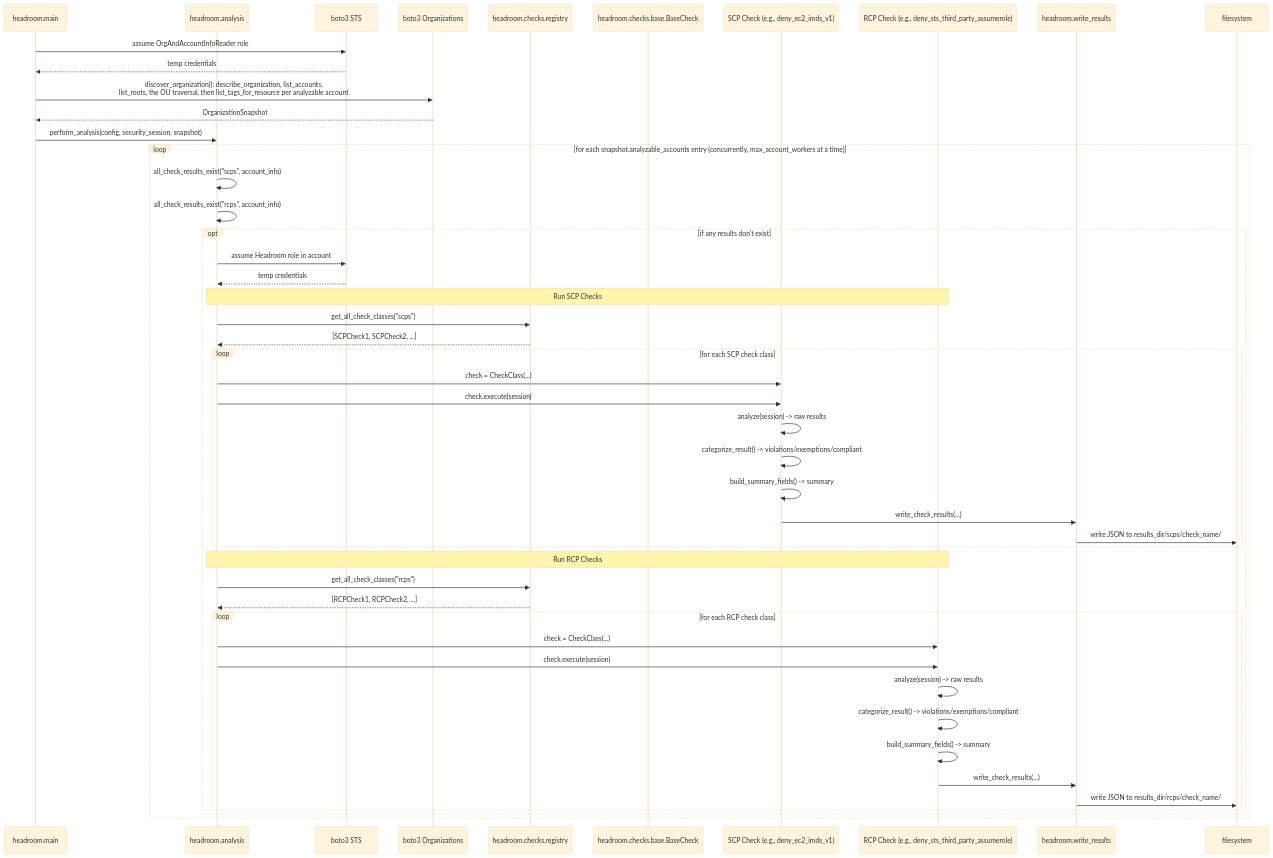
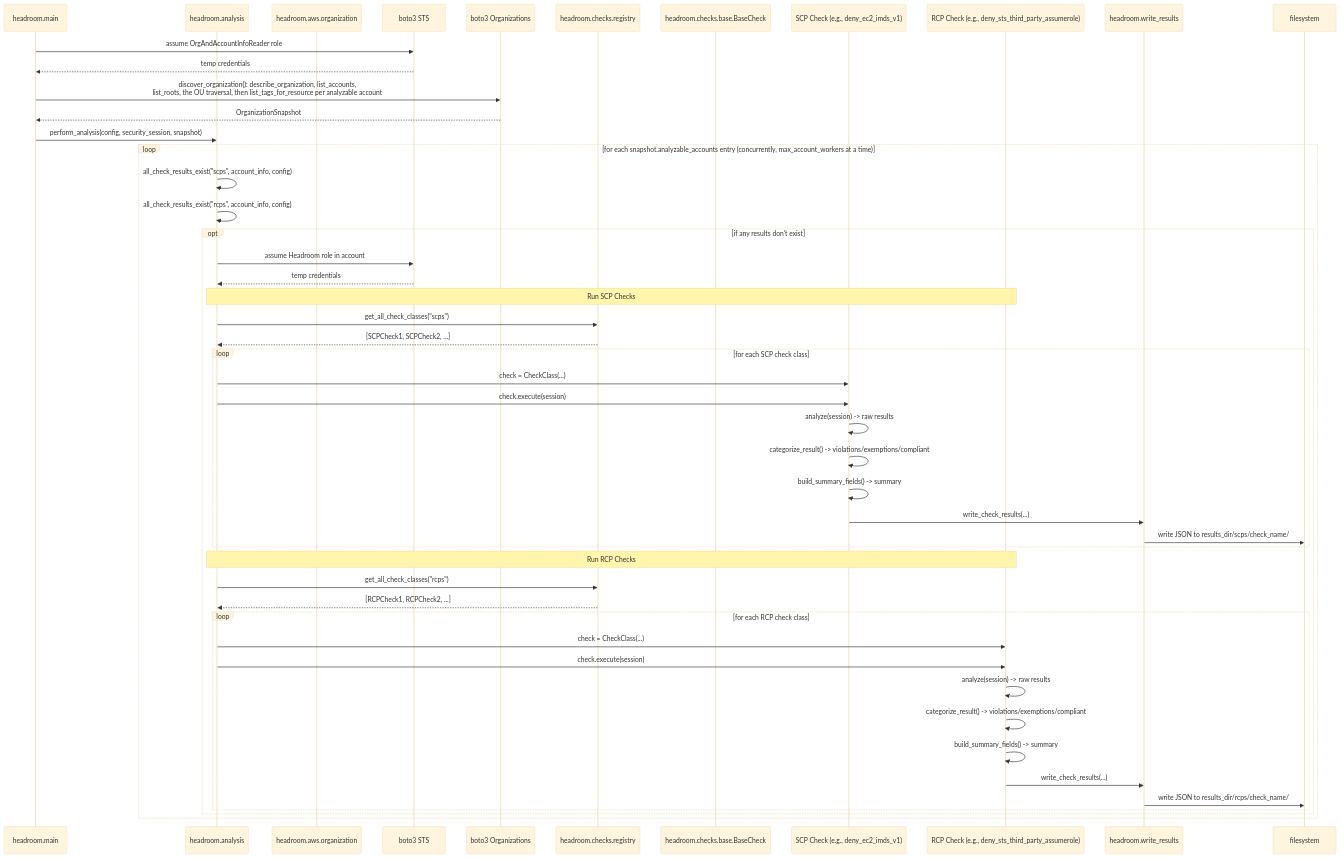
Before and after one commit to discocrayon/Headroom: the second of 4 diagrams in documentation/mermaid_diagrams/sequences.md, drawn with Mermaid (base theme). The commit also changed other lines of this file and 134 other files, not shown here.

````diff
--- a/documentation/mermaid_diagrams/sequences.md
+++ b/documentation/mermaid_diagrams/sequences.md
@@ -56,53 +60,54 @@
 ```mermaid
 sequenceDiagram
   participant Main as headroom.main
   participant Analysis as headroom.analysis
+  participant Org as headroom.aws.organization
   participant STS as boto3 STS
   participant Orgs as boto3 Organizations
   participant Registry as headroom.checks.registry
   participant BaseCheck as headroom.checks.base.BaseCheck
   participant SCPCheck as SCP Check (e.g., deny_ec2_imds_v1)
   participant RCPCheck as RCP Check (e.g., deny_sts_third_party_assumerole)
   participant WriteResults as headroom.write_results
   participant FS as filesystem
 
   Main->>STS: assume OrgAndAccountInfoReader role
   STS-->>Main: temp credentials
   Main->>Orgs: discover_organization(): describe_organization, list_accounts,<br/>list_roots, the OU traversal, then list_tags_for_resource per analyzable account
   Orgs-->>Main: OrganizationSnapshot
   Main->>Analysis: perform_analysis(config, security_session, snapshot)
   loop for each snapshot.analyzable_accounts entry (concurrently, max_account_workers at a time)
-    Analysis->>Analysis: all_check_results_exist("scps", account_info)
-    Analysis->>Analysis: all_check_results_exist("rcps", account_info)
+    Analysis->>Analysis: all_check_results_exist("scps", account_info, config)
+    Analysis->>Analysis: all_check_results_exist("rcps", account_info, config)
     opt if any results don't exist
       Analysis->>STS: assume Headroom role in account
       STS-->>Analysis: temp credentials
 
       Note over Analysis,RCPCheck: Run SCP Checks
       Analysis->>Registry: get_all_check_classes("scps")
       Registry-->>Analysis: [SCPCheck1, SCPCheck2, ...]
       loop for each SCP check class
         Analysis->>SCPCheck: check = CheckClass(...)
         Analysis->>SCPCheck: check.execute(session)
         SCPCheck->>SCPCheck: analyze(session) -> raw results
         SCPCheck->>SCPCheck: categorize_result() -> violations/exemptions/compliant
         SCPCheck->>SCPCheck: build_summary_fields() -> summary
         SCPCheck->>WriteResults: write_check_results(...)
         WriteResults->>FS: write JSON to results_dir/scps/check_name/
       end
 
       Note over Analysis,RCPCheck: Run RCP Checks
       Analysis->>Registry: get_all_check_classes("rcps")
       Registry-->>Analysis: [RCPCheck1, RCPCheck2, ...]
       loop for each RCP check class
         Analysis->>RCPCheck: check = CheckClass(...)
         Analysis->>RCPCheck: check.execute(session)
         RCPCheck->>RCPCheck: analyze(session) -> raw results
         RCPCheck->>RCPCheck: categorize_result() -> violations/exemptions/compliant
         RCPCheck->>RCPCheck: build_summary_fields() -> summary
         RCPCheck->>WriteResults: write_check_results(...)
         WriteResults->>FS: write JSON to results_dir/rcps/check_name/
       end
     end
   end
 ```
````
